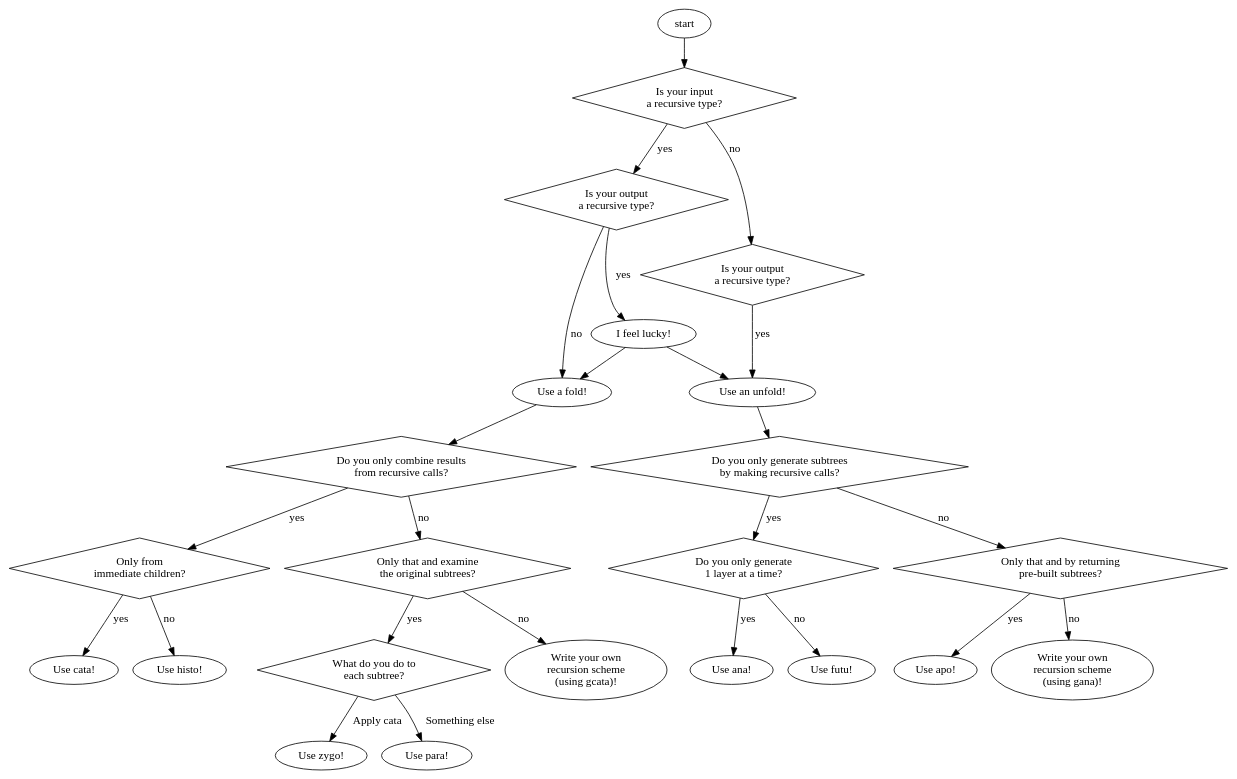
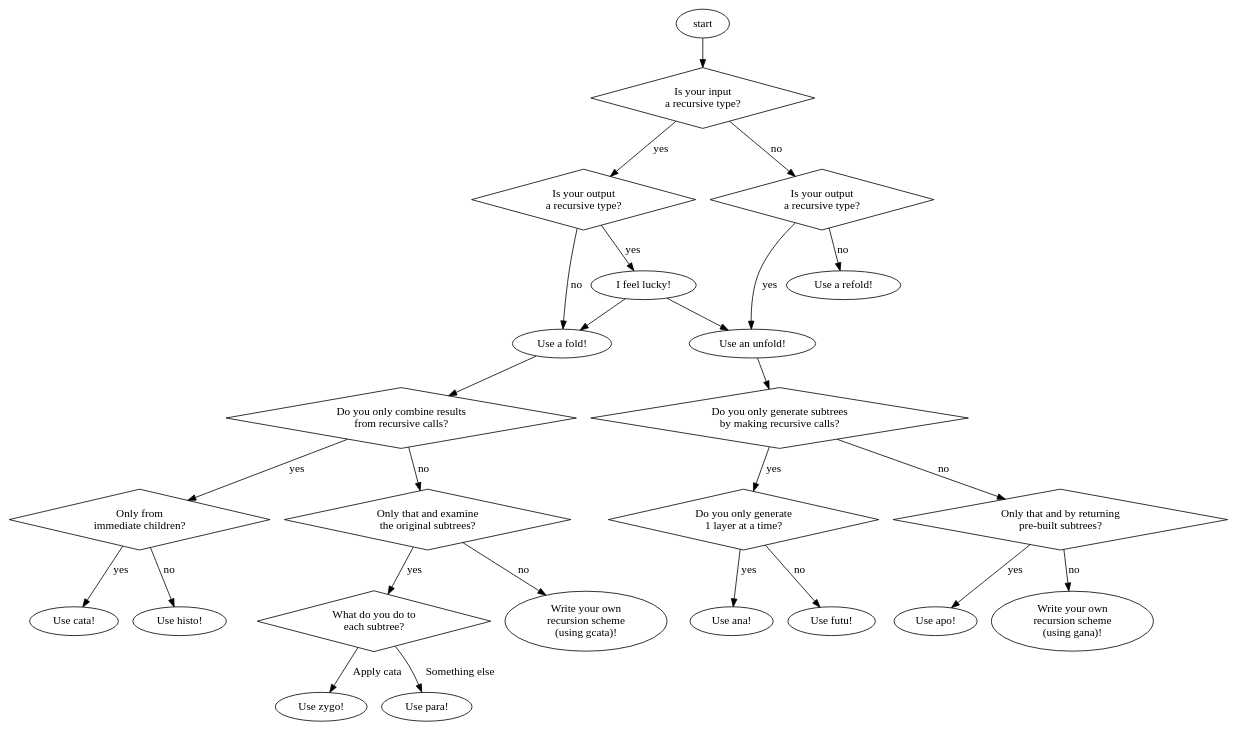
Before and after one commit to recursion-schemes/recursion-schemes: the diagram in docs/flowchart.dot, drawn with Graphviz. The commit also changed 1 other file, not shown here.

Commit message:
missing case in the flowchart
when neither the input nor the output is a recursive type

```diff
--- a/docs/flowchart.dot
+++ b/docs/flowchart.dot
@@ -1,52 +1,54 @@
 digraph {
   decision1 [shape=diamond, label="Is your input\na recursive type?"];
   decision1_1 [shape=diamond, label="Is your output\na recursive type?"];
   decision1_2 [shape=diamond, label="Is your output\na recursive type?"];
   choose_either [label="I feel lucky!"];
   start_folds [label="Use a fold!"];
   start_unfolds [label="Use an unfold!"];
+  start_refolds [label="Use a refold!"];
   fold1,fold2,fold3,fold4,unfold1,unfold2,unfold3 [shape=diamond];
   fold1 [label="Do you only combine results\nfrom recursive calls?"];
   fold2 [label="Only from\nimmediate children?"];
   fold3 [label="Only that and examine\nthe original subtrees?"];
   fold4 [label="What do you do to\neach subtree?"];
   gcata [label="Write your own\nrecursion scheme\n(using gcata)!"];
   cata [label="Use cata!"];
   histo [label="Use histo!"];
   zygo [label="Use zygo!"];
   para [label="Use para!"];
   unfold1 [label="Do you only generate subtrees\nby making recursive calls?"]
   unfold2 [label="Do you only generate\n1 layer at a time?"]
   unfold3 [label="Only that and by returning\npre-built subtrees?"]
   ana [label="Use ana!"];
   apo [label="Use apo!"];
   futu [label="Use futu!"];
   gana [label="Write your own\nrecursion scheme\n(using gana)!"];
 
   start -> decision1;
   decision1 -> decision1_1 [label=yes];
   decision1 -> decision1_2 [label=no];
   decision1_1 -> choose_either [label=yes];
   decision1_1 -> start_folds [label=no];
   decision1_2 -> start_unfolds [label=yes];
+  decision1_2 -> start_refolds [label=no];
   choose_either -> start_folds;
   choose_either -> start_unfolds;
 
   start_folds -> fold1;
   fold1 -> fold2 [label="yes"]
   fold1 -> fold3 [label="no"]
   fold2 -> cata [label="yes"];
   fold2 -> histo [label="no"];
   fold3 -> fold4 [label="yes"];
   fold3 -> gcata [label="no"];
   fold4 -> zygo [label="Apply cata"];
   fold4 -> para [label="Something else"];
 
   start_unfolds -> unfold1;
   unfold1 -> unfold2 [label="yes"];
   unfold1 -> unfold3 [label="no"];
   unfold2 -> ana [label="yes"];
   unfold2 -> futu [label="no"];
   unfold3 -> apo [label="yes"];
   unfold3 -> gana [label="no"];
 }
```
